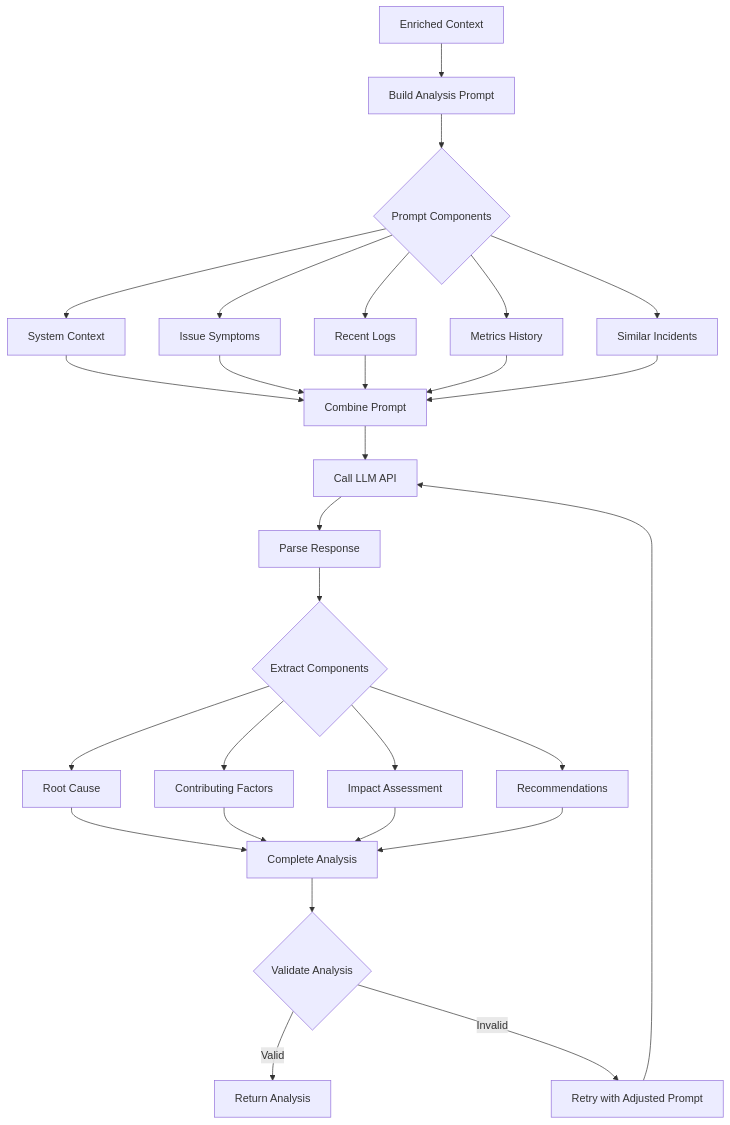
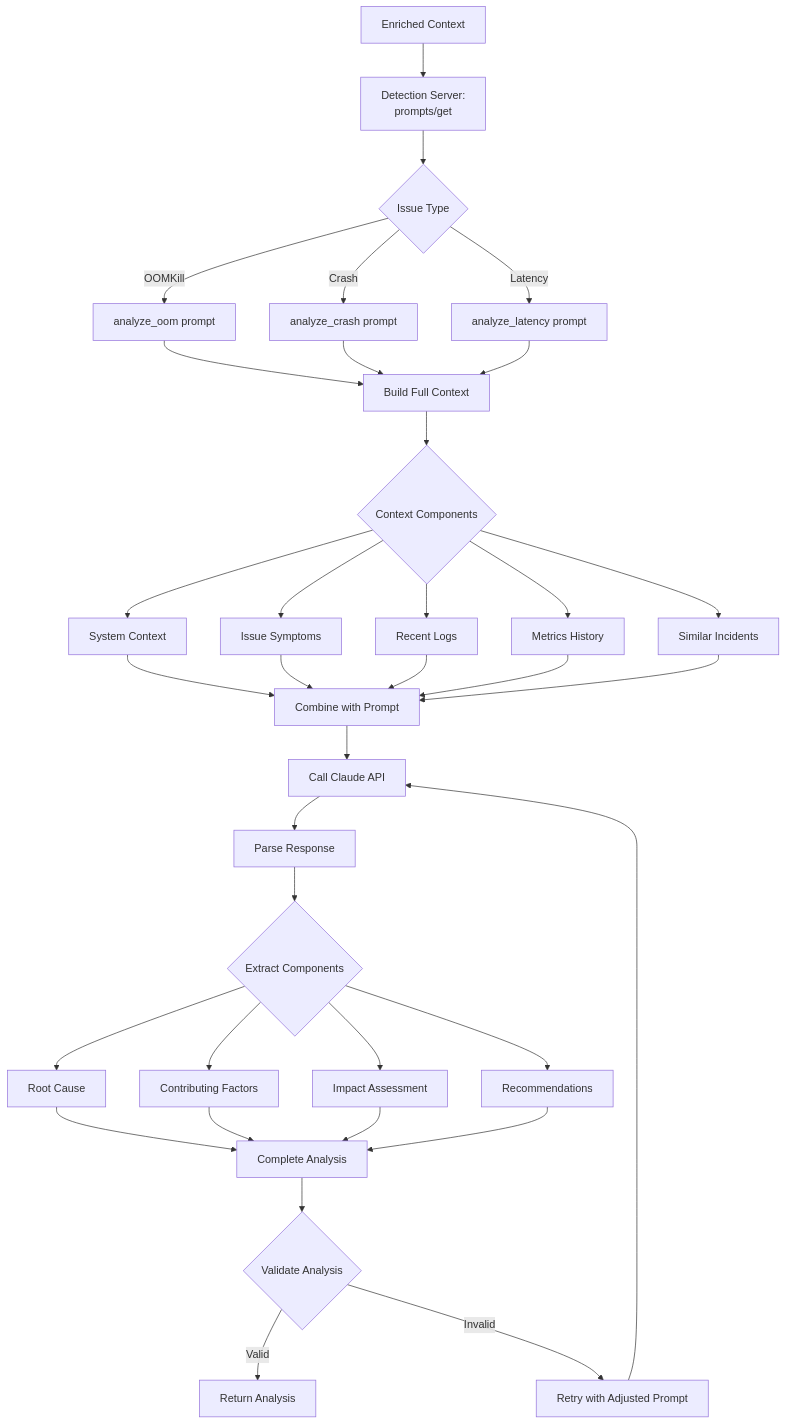
Before and after one commit to ravindra-lakal/KubeSage: diagram 12 of 24 in WORKFLOW.md, drawn with Mermaid. The commit also changed other lines of this file and 7 other files, not shown here.

````diff
--- a/WORKFLOW.md
+++ b/WORKFLOW.md
@@ -328,36 +452,45 @@
 ```mermaid
 flowchart TD
-    Start[Enriched Context] --> BuildPrompt[Build Analysis Prompt]
+    Start[Enriched Context] --> GetPrompt[Detection Server:<br/>prompts/get]
     
-    BuildPrompt --> PromptStructure{Prompt Components}
-    PromptStructure --> SystemContext[System Context]
-    PromptStructure --> IssueSymptoms[Issue Symptoms]
-    PromptStructure --> Logs[Recent Logs]
-    PromptStructure --> Metrics[Metrics History]
-    PromptStructure --> History[Similar Incidents]
+    GetPrompt --> PromptType{Issue Type}
+    PromptType -->|OOMKill| OOMPrompt[analyze_oom prompt]
+    PromptType -->|Crash| CrashPrompt[analyze_crash prompt]
+    PromptType -->|Latency| LatencyPrompt[analyze_latency prompt]
     
-    SystemContext --> CombinePrompt[Combine Prompt]
+    OOMPrompt --> BuildContext[Build Full Context]
+    CrashPrompt --> BuildContext
+    LatencyPrompt --> BuildContext
+    
+    BuildContext --> Components{Context Components}
+    Components --> SystemContext[System Context]
+    Components --> IssueSymptoms[Issue Symptoms]
+    Components --> Logs[Recent Logs]
+    Components --> Metrics[Metrics History]
+    Components --> History[Similar Incidents]
+    
+    SystemContext --> CombinePrompt[Combine with Prompt]
     IssueSymptoms --> CombinePrompt
     Logs --> CombinePrompt
     Metrics --> CombinePrompt
     History --> CombinePrompt
     
-    CombinePrompt --> LLMCall[Call LLM API]
+    CombinePrompt --> LLMCall[Call Claude API]
     LLMCall --> ParseResponse[Parse Response]
     
     ParseResponse --> Extract{Extract Components}
     Extract --> RootCause[Root Cause]
     Extract --> Contributing[Contributing Factors]
     Extract --> Impact[Impact Assessment]
     Extract --> Recommendations[Recommendations]
     
     RootCause --> Analysis[Complete Analysis]
     Contributing --> Analysis
     Impact --> Analysis
     Recommendations --> Analysis
     
     Analysis --> Validate{Validate Analysis}
     Validate -->|Valid| Return[Return Analysis]
     Validate -->|Invalid| Retry[Retry with Adjusted Prompt]
     Retry --> LLMCall
 ```
````
